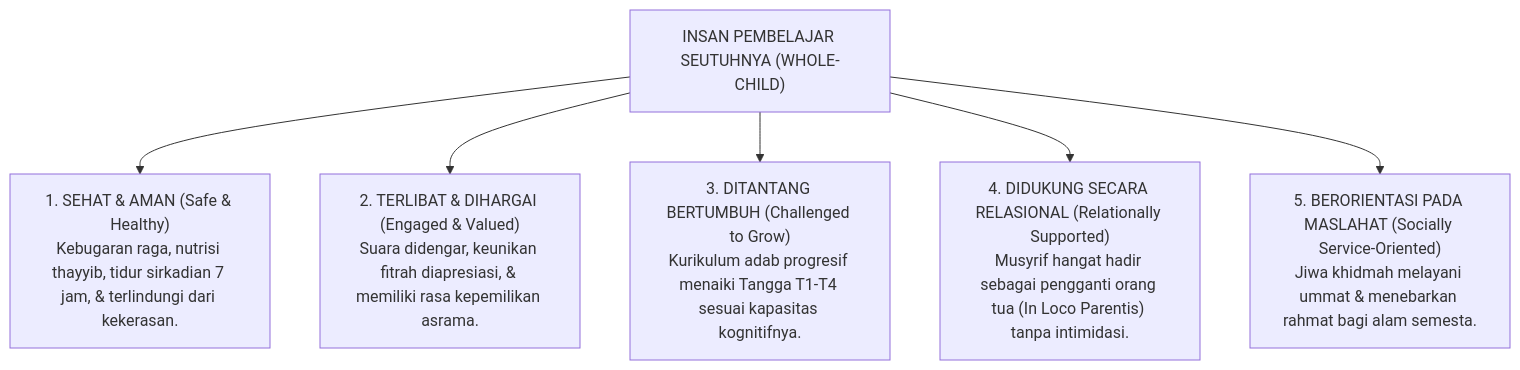
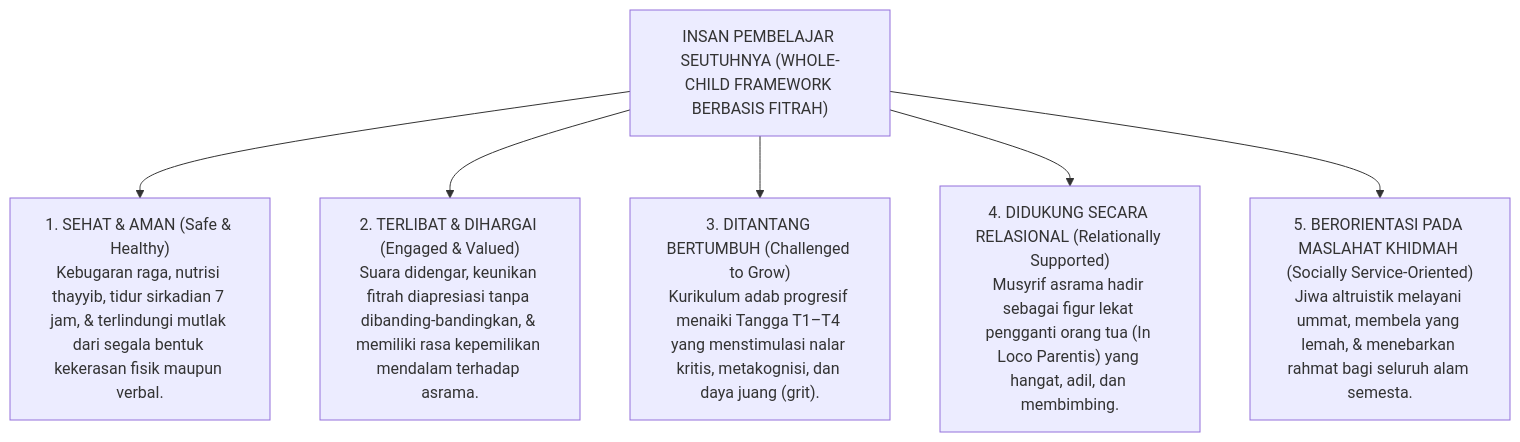
One commit to wandiapriliyandi/tumbuh changed the second of 3 diagrams in BOOK-SERIES/Volume-02/Bab-01-Arsitektur-Kapasitas-Holistik-Berbasis-Fitrah/01-Dekonstruksi-Karakter-Parsial-Menuju-Whole-Child.md. Above: the diagram before and after it, drawn with Mermaid. The commit also changed other lines of this file and 18 other files, not shown here.

````diff
--- a/BOOK-SERIES/Volume-02/Bab-01-Arsitektur-Kapasitas-Holistik-Berbasis-Fitrah/01-Dekonstruksi-Karakter-Parsial-Menuju-Whole-Child.md
+++ b/BOOK-SERIES/Volume-02/Bab-01-Arsitektur-Kapasitas-Holistik-Berbasis-Fitrah/01-Dekonstruksi-Karakter-Parsial-Menuju-Whole-Child.md
@@ -50,14 +55,14 @@
 ```mermaid
 graph TD
-    Santri["INSAN PEMBELAJAR SEUTUHNYA (WHOLE-CHILD)"]
+    Santri["INSAN PEMBELAJAR SEUTUHNYA (WHOLE-CHILD FRAMEWORK BERBASIS FITRAH)"]
     
-    Santri --> S1["1. SEHAT & AMAN (Safe & Healthy)<br/>Kebugaran raga, nutrisi thayyib, tidur sirkadian 7 jam, & terlindungi dari kekerasan."]
+    Santri --> S1["1. SEHAT & AMAN (Safe & Healthy)<br/>Kebugaran raga, nutrisi thayyib, tidur sirkadian 7 jam, & terlindungi mutlak dari segala bentuk kekerasan fisik maupun verbal."]
     
-    Santri --> S2["2. TERLIBAT & DIHARGAI (Engaged & Valued)<br/>Suara didengar, keunikan fitrah diapresiasi, & memiliki rasa kepemilikan asrama."]
+    Santri --> S2["2. TERLIBAT & DIHARGAI (Engaged & Valued)<br/>Suara didengar, keunikan fitrah diapresiasi tanpa dibanding-bandingkan, & memiliki rasa kepemilikan mendalam terhadap asrama."]
     
-    Santri --> S3["3. DITANTANG BERTUMBUH (Challenged to Grow)<br/>Kurikulum adab progresif menaiki Tangga T1-T4 sesuai kapasitas kognitifnya."]
+    Santri --> S3["3. DITANTANG BERTUMBUH (Challenged to Grow)<br/>Kurikulum adab progresif menaiki Tangga T1–T4 yang menstimulasi nalar kritis, metakognisi, dan daya juang (grit)."]
     
-    Santri --> S4["4. DIDUKUNG SECARA RELASIONAL (Relationally Supported)<br/>Musyrif hangat hadir sebagai pengganti orang tua (In Loco Parentis) tanpa intimidasi."]
+    Santri --> S4["4. DIDUKUNG SECARA RELASIONAL (Relationally Supported)<br/>Musyrif asrama hadir sebagai figur lekat pengganti orang tua (In Loco Parentis) yang hangat, adil, dan membimbing."]
     
-    Santri --> S5["5. BERORIENTASI PADA MASLAHAT (Socially Service-Oriented)<br/>Jiwa khidmah melayani ummat & menebarkan rahmat bagi alam semesta."]
+    Santri --> S5["5. BERORIENTASI PADA MASLAHAT KHIDMAH (Socially Service-Oriented)<br/>Jiwa altruistik melayani ummat, membela yang lemah, & menebarkan rahmat bagi seluruh alam semesta."]
 ```
````
